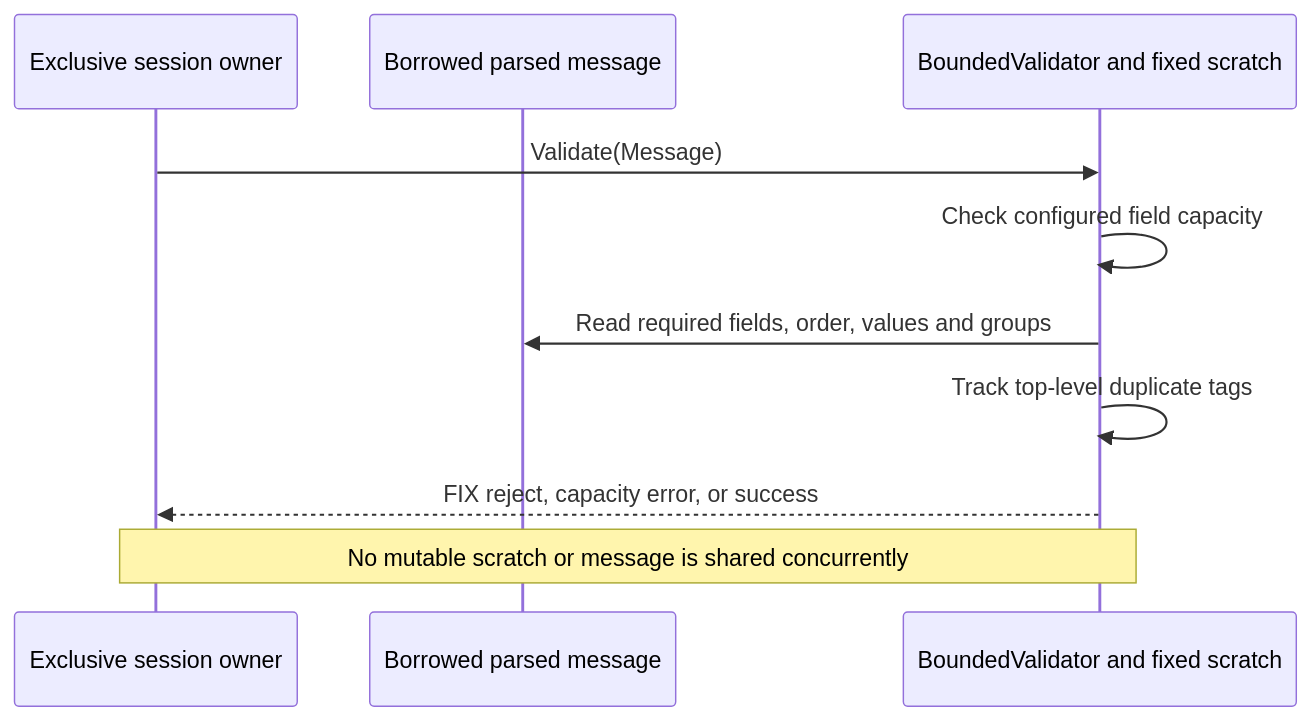
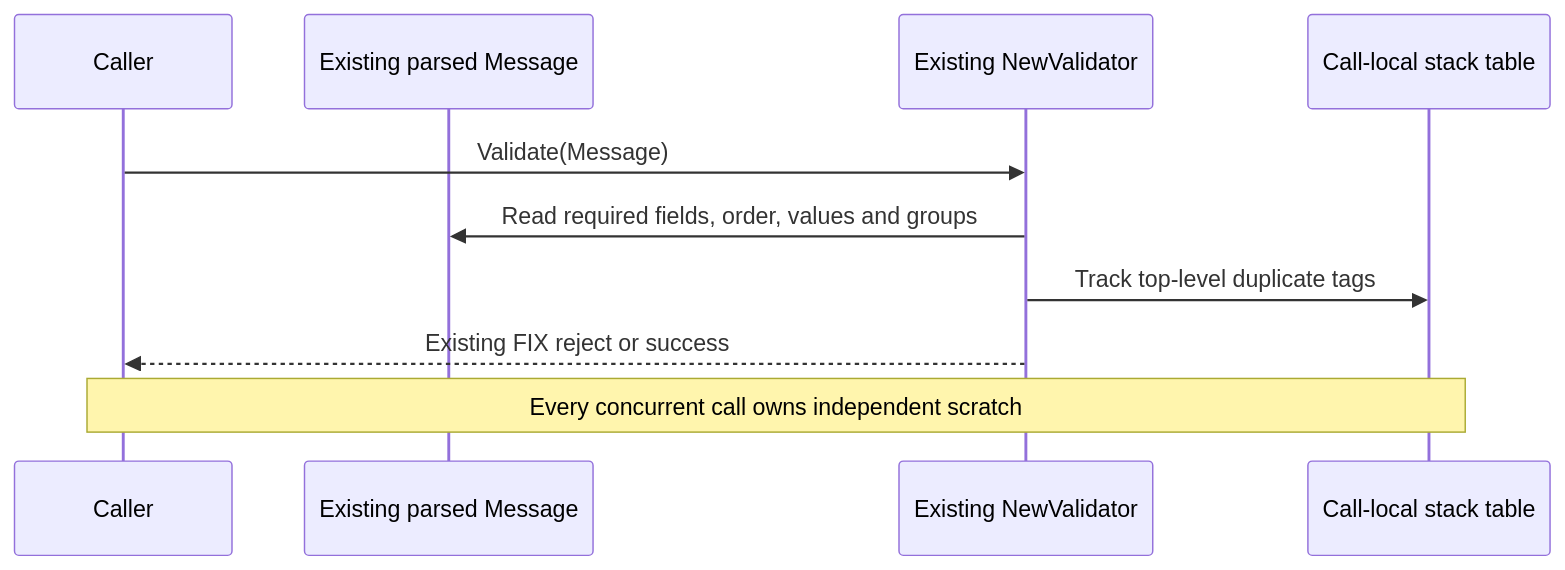
The diagram in benchmarks/zero-allocation/phase-4/README.md (railbirdexchange/quickfix), drawn with Mermaid before and after one commit. The commit also changed other lines of this file and 7 other files, not shown here.

Commit message:
perf: remove ordinary validator duplicate-tag allocations

````diff
--- a/benchmarks/zero-allocation/phase-4/README.md
+++ b/benchmarks/zero-allocation/phase-4/README.md
@@ -9,12 +21,12 @@
 ```mermaid
 sequenceDiagram
-    participant Session as Exclusive session owner
-    participant Message as Borrowed parsed message
-    participant Validator as BoundedValidator and fixed scratch
-    Session->>Validator: Validate(Message)
-    Validator->>Validator: Check configured field capacity
+    participant Caller
+    participant Message as Existing parsed Message
+    participant Validator as Existing NewValidator
+    participant Scratch as Call-local stack table
+    Caller->>Validator: Validate(Message)
     Validator->>Message: Read required fields, order, values and groups
-    Validator->>Validator: Track top-level duplicate tags
-    Validator-->>Session: FIX reject, capacity error, or success
-    Note over Session,Validator: No mutable scratch or message is shared concurrently
+    Validator->>Scratch: Track top-level duplicate tags
+    Validator-->>Caller: Existing FIX reject or success
+    Note over Caller,Scratch: Every concurrent call owns independent scratch
 ```
````
